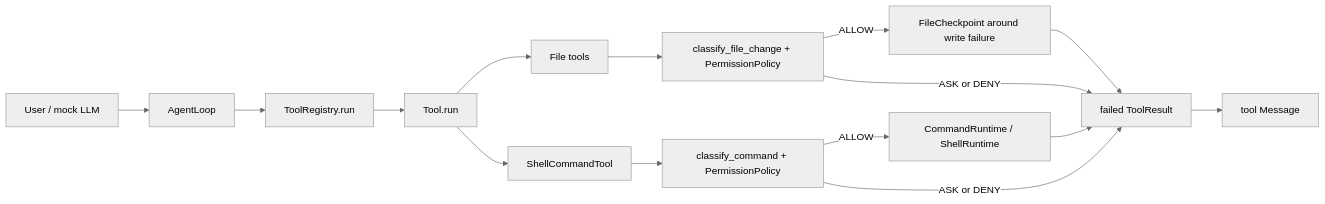
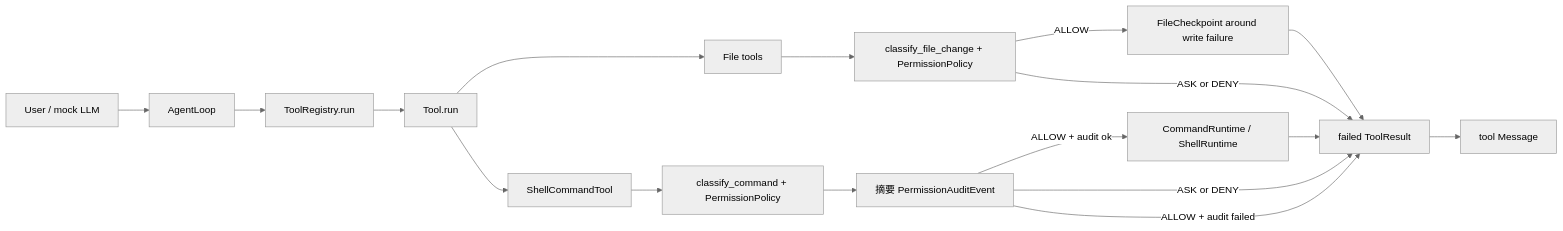
Before and after one commit to nanhanq1/personal-coding-assistant: the diagram in docs/17_WEEK6_HARDENING_REPORT.md, drawn with Mermaid (neutral theme). The commit also changed other lines of this file and 26 other files, not shown here.

````diff
--- a/docs/17_WEEK6_HARDENING_REPORT.md
+++ b/docs/17_WEEK6_HARDENING_REPORT.md
@@ -13,17 +13,19 @@
 ```mermaid
 flowchart LR
     U["User / mock LLM"] --> A["AgentLoop"]
     A --> R["ToolRegistry.run"]
     R --> T["Tool.run"]
     T --> F["File tools"]
     T --> S["ShellCommandTool"]
     S --> P["classify_command + PermissionPolicy"]
-    P -->|ALLOW| SR["CommandRuntime / ShellRuntime"]
-    P -->|ASK or DENY| TR["failed ToolResult"]
+    P --> AU["摘要 PermissionAuditEvent"]
+    AU -->|ALLOW + audit ok| SR["CommandRuntime / ShellRuntime"]
+    AU -->|ASK or DENY| TR["failed ToolResult"]
+    AU -->|ALLOW + audit failed| TR
     F --> FP["classify_file_change + PermissionPolicy"]
     FP -->|ALLOW| FC["FileCheckpoint around write failure"]
     FP -->|ASK or DENY| TR
     FC --> TR
     SR --> TR
     TR --> M["tool Message"]
 ```
````
